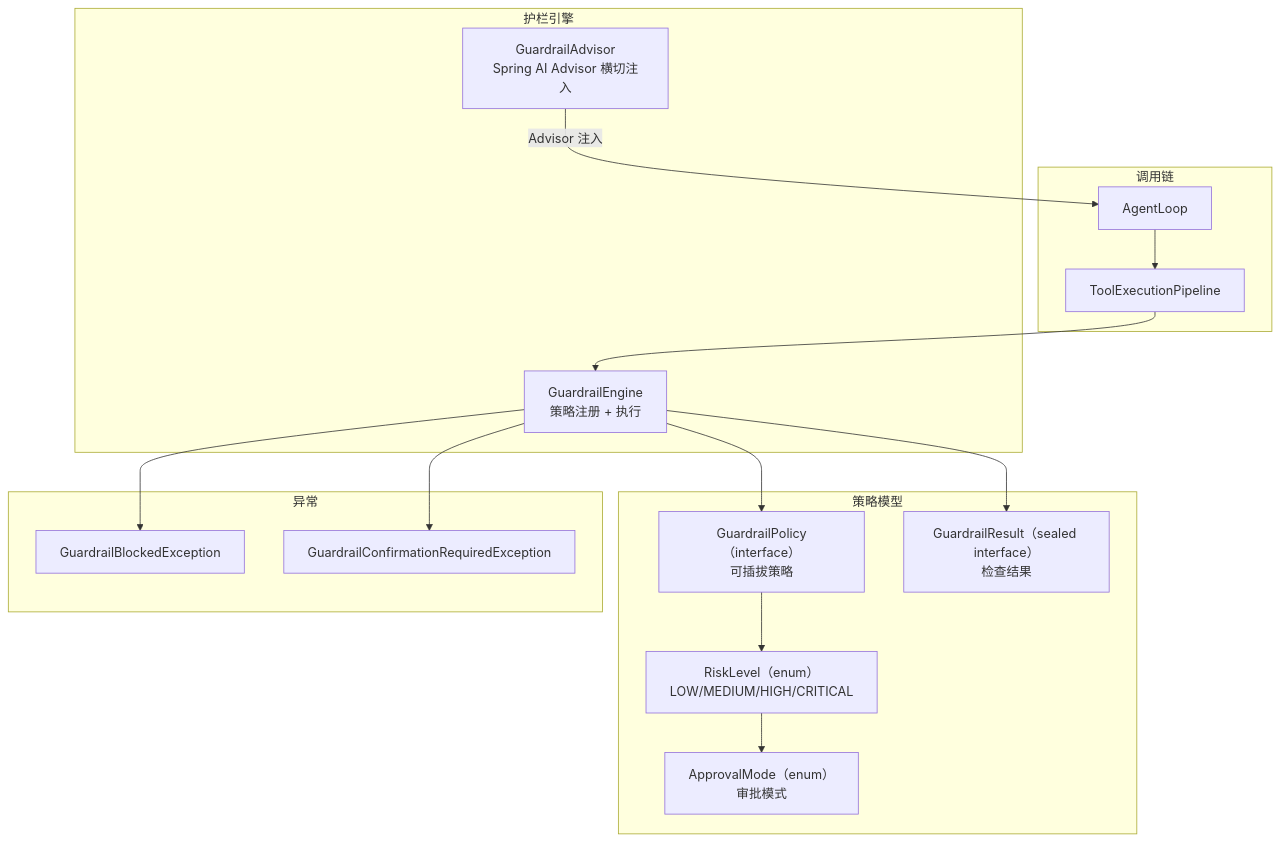
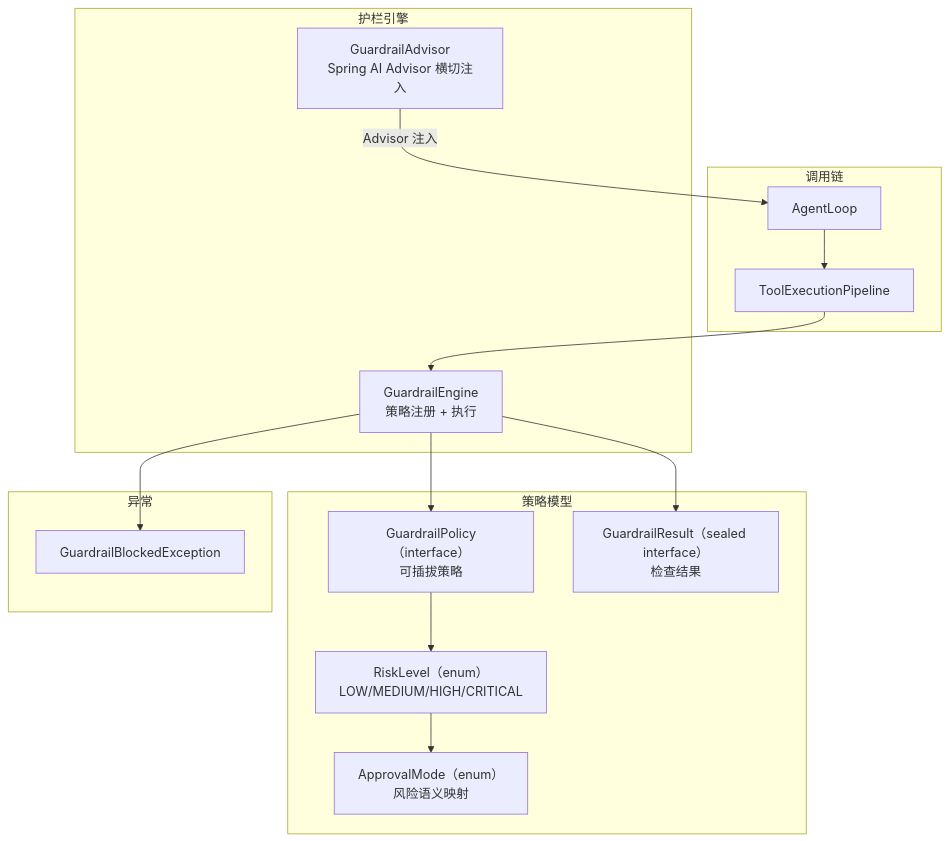
Before and after one commit to ntygod/LifePilot: the first of 2 diagrams in docs/architecture/guardrail.md, drawn with Mermaid. The commit also changed other lines of this file and 576 other files, not shown here.

````diff
--- a/docs/architecture/guardrail.md
+++ b/docs/architecture/guardrail.md
@@ -13,33 +13,31 @@
 ```mermaid
 graph TB
     subgraph "调用链"
         AGENT["AgentLoop"]
         PIPE["ToolExecutionPipeline"]
     end
 
     subgraph "护栏引擎"
         ENGINE["GuardrailEngine<br/>策略注册 + 执行"]
         ADVISOR["GuardrailAdvisor<br/>Spring AI Advisor 横切注入"]
     end
 
     subgraph "策略模型"
         POLICY["GuardrailPolicy（interface）<br/>可插拔策略"]
         RISK["RiskLevel（enum）<br/>LOW/MEDIUM/HIGH/CRITICAL"]
-        APPROVAL["ApprovalMode（enum）<br/>审批模式"]
+        APPROVAL["ApprovalMode（enum）<br/>风险语义映射"]
         RESULT["GuardrailResult（sealed interface）<br/>检查结果"]
     end
 
     subgraph "异常"
         BLOCKED["GuardrailBlockedException"]
-        CONFIRM["GuardrailConfirmationRequiredException"]
     end
 
     AGENT --> PIPE --> ENGINE
     ADVISOR -->|"Advisor 注入"| AGENT
     ENGINE --> POLICY
     POLICY --> RISK
     RISK --> APPROVAL
     ENGINE --> RESULT
     ENGINE --> BLOCKED
-    ENGINE --> CONFIRM
 ```
````
